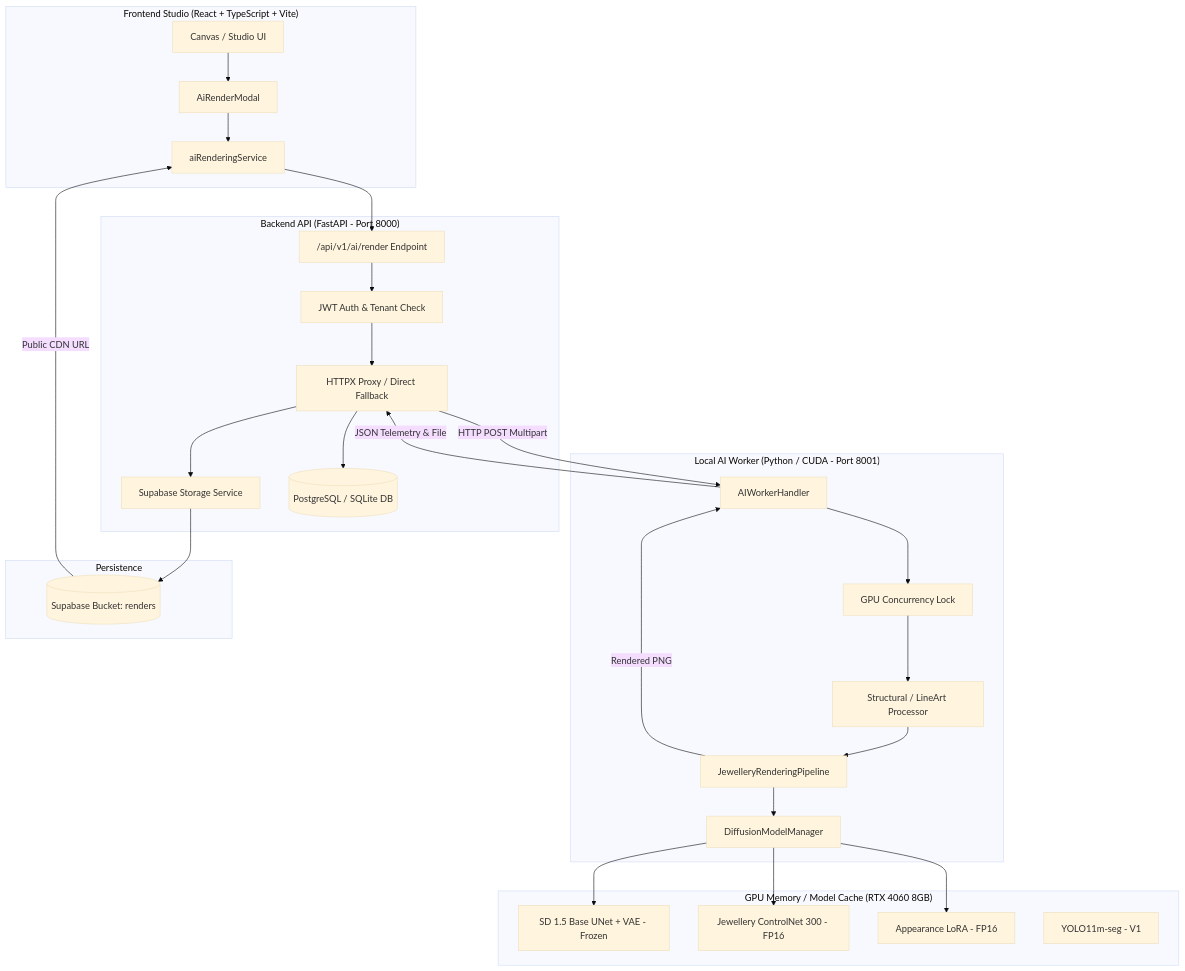
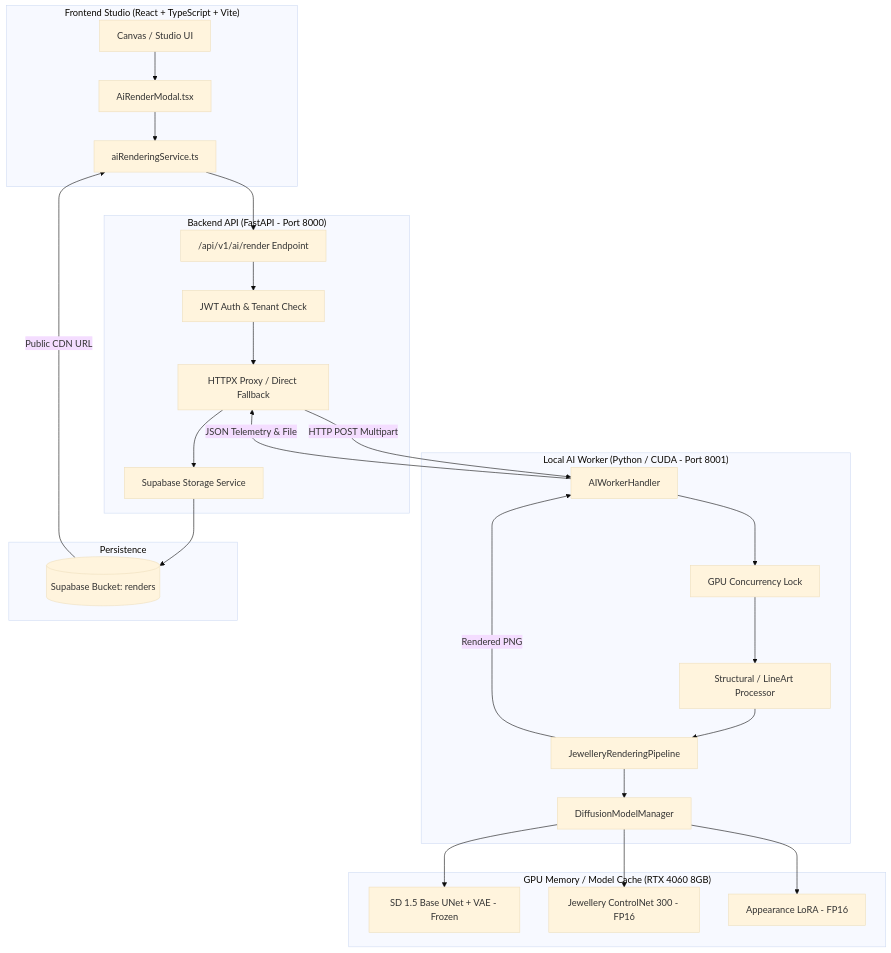
Before and after one commit to MohitJaiswal2507/JewelMind: the first of 2 diagrams in docs/phases/PHASE_RENDERING_V2_PREPARATION_REPORT.md, drawn with Mermaid (base theme). The commit also changed other lines of this file and 8 other files, not shown here.

````diff
--- a/docs/phases/PHASE_RENDERING_V2_PREPARATION_REPORT.md
+++ b/docs/phases/PHASE_RENDERING_V2_PREPARATION_REPORT.md
@@ -48,55 +33,48 @@
 ```mermaid
 flowchart TD
     subgraph Frontend ["Frontend Studio (React + TypeScript + Vite)"]
-        UI[Canvas / Studio UI]
-        Modal[AiRenderModal]
-        Service[aiRenderingService]
-        UI --> Modal --> Service
+        UI[Canvas / Studio UI] --> Modal[AiRenderModal.tsx]
+        Modal --> Service[aiRenderingService.ts]
     end
 
     subgraph Backend ["Backend API (FastAPI - Port 8000)"]
         Router["/api/v1/ai/render Endpoint"]
         Auth[JWT Auth & Tenant Check]
         Proxy[HTTPX Proxy / Direct Fallback]
         Storage[Supabase Storage Service]
-        DB[(PostgreSQL / SQLite DB)]
         
-        Service --> Router
-        Router --> Auth --> Proxy
+        Service --> Router --> Auth --> Proxy
         Proxy --> Storage
-        Proxy --> DB
     end
 
     subgraph Worker ["Local AI Worker (Python / CUDA - Port 8001)"]
         Handler[AIWorkerHandler]
         Manager[DiffusionModelManager]
         Pipeline[JewelleryRenderingPipeline]
         Preprocessor[Structural / LineArt Processor]
         Lock[GPU Concurrency Lock]
         
         Proxy -->|HTTP POST Multipart| Handler
         Handler --> Lock --> Preprocessor
-        Preprocessor --> Pipeline
-        Pipeline --> Manager
+        Preprocessor --> Pipeline --> Manager
     end
 
     subgraph Models ["GPU Memory / Model Cache (RTX 4060 8GB)"]
         SD[SD 1.5 Base UNet + VAE - Frozen]
         CN[Jewellery ControlNet 300 - FP16]
         LoRA[Appearance LoRA - FP16]
-        YOLO[YOLO11m-seg - V1]
         
         Manager --> SD
         Manager --> CN
         Manager --> LoRA
     end
 
     subgraph Cloud ["Persistence"]
         Supa[(Supabase Bucket: renders)]
         Storage --> Supa
     end
 
     Pipeline -->|Rendered PNG| Handler
     Handler -->|JSON Telemetry & File| Proxy
     Supa -->|Public CDN URL| Service
 ```
````
